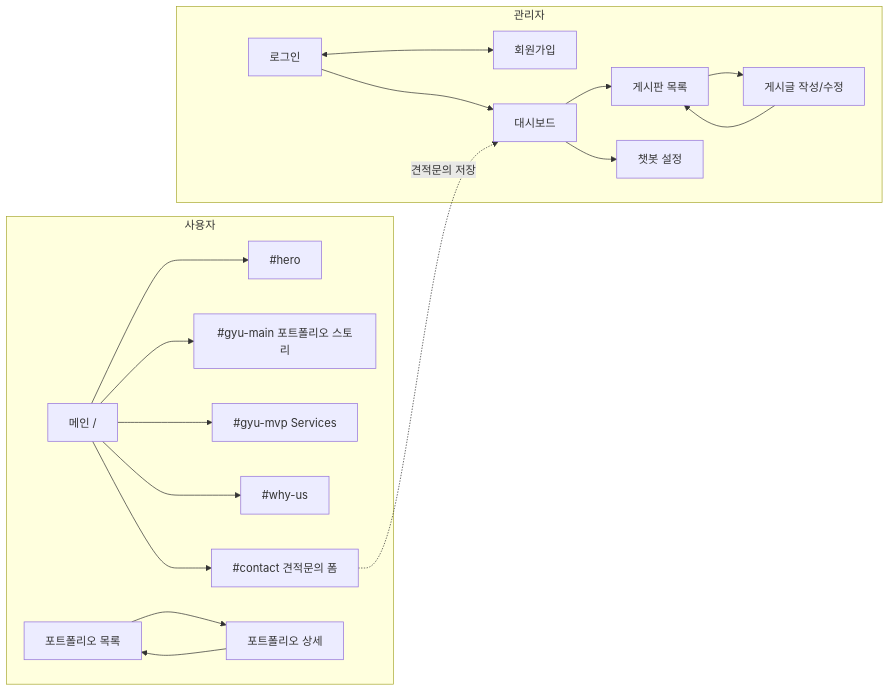
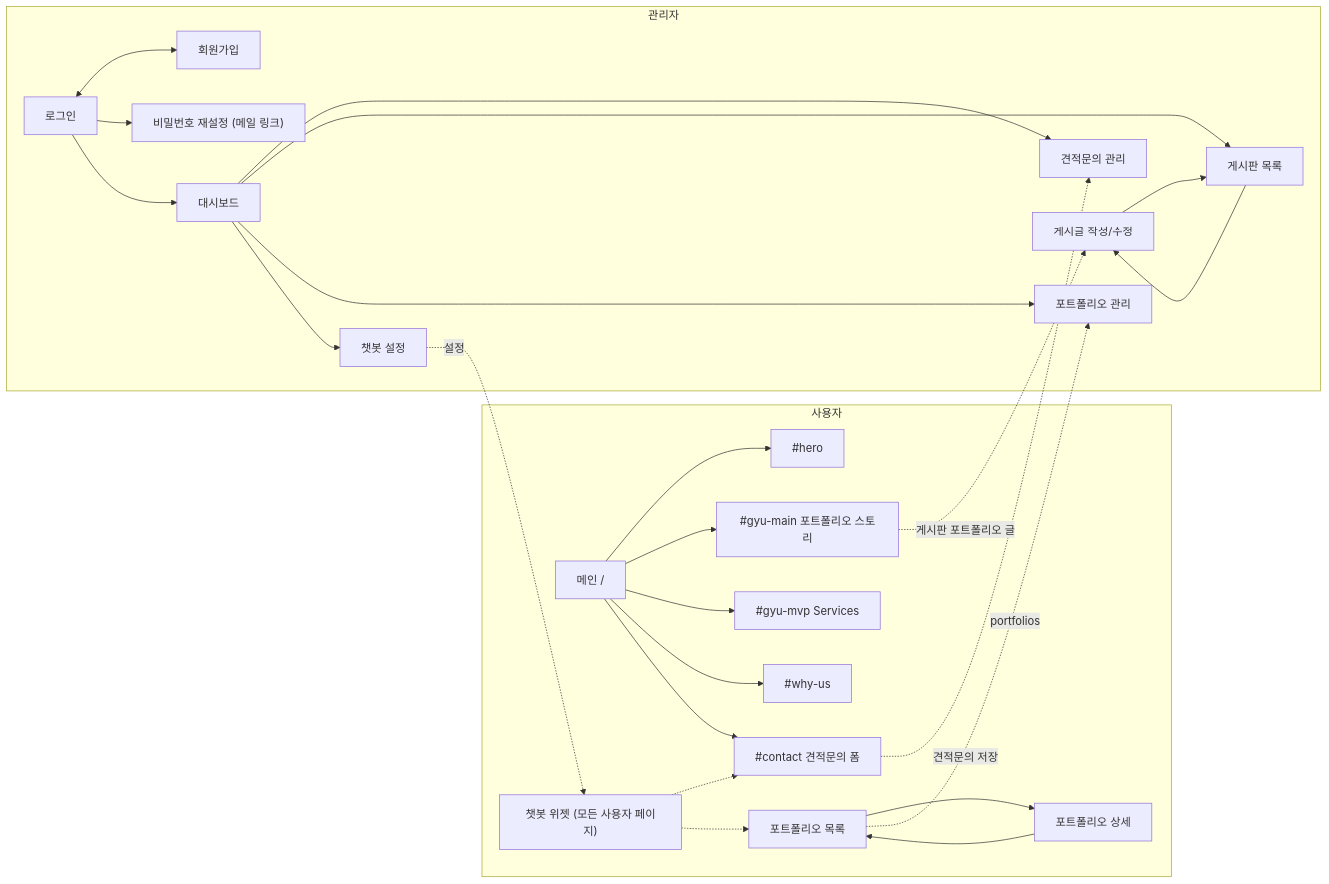
The diagram in docs/design.md (Lee-geon-gyu/Fuse.Lab_Brand_Web), drawn with Mermaid before and after one commit. The commit also changed other lines of this file and 61 other files, not shown here.

First line of the commit message:
feat: 데모 기능 DB 연동 (게시판·견적문의·포트폴리오·대시보드·챗봇·계정 찾기)

````diff
--- a/docs/design.md
+++ b/docs/design.md
@@ -26,21 +29,29 @@
 ```mermaid
 flowchart LR
   subgraph 사용자
     home["메인 /"] --> hero["#hero"]
     home --> story["#gyu-main 포트폴리오 스토리"]
     home --> mvp["#gyu-mvp Services"]
     home --> why["#why-us"]
     home --> contact["#contact 견적문의 폼"]
     plist["포트폴리오 목록"] --> pdetail["포트폴리오 상세"]
     pdetail --> plist
+    chat["챗봇 위젯 (모든 사용자 페이지)"] -.-> contact
+    chat -.-> plist
   end
   subgraph 관리자
     login["로그인"] <--> signup["회원가입"]
+    login --> reset["비밀번호 재설정 (메일 링크)"]
     login --> dash["대시보드"]
+    dash --> inquiries["견적문의 관리"]
     dash --> board["게시판 목록"]
     board --> edit["게시글 작성/수정"]
     edit --> board
+    dash --> portfolios["포트폴리오 관리"]
     dash --> chatbot["챗봇 설정"]
   end
-  contact -. 견적문의 저장 .-> dash
+  contact -. 견적문의 저장 .-> inquiries
+  story -. 게시판 포트폴리오 글 .-> edit
+  plist -. portfolios .-> portfolios
+  chatbot -. 설정 .-> chat
 ```
````
